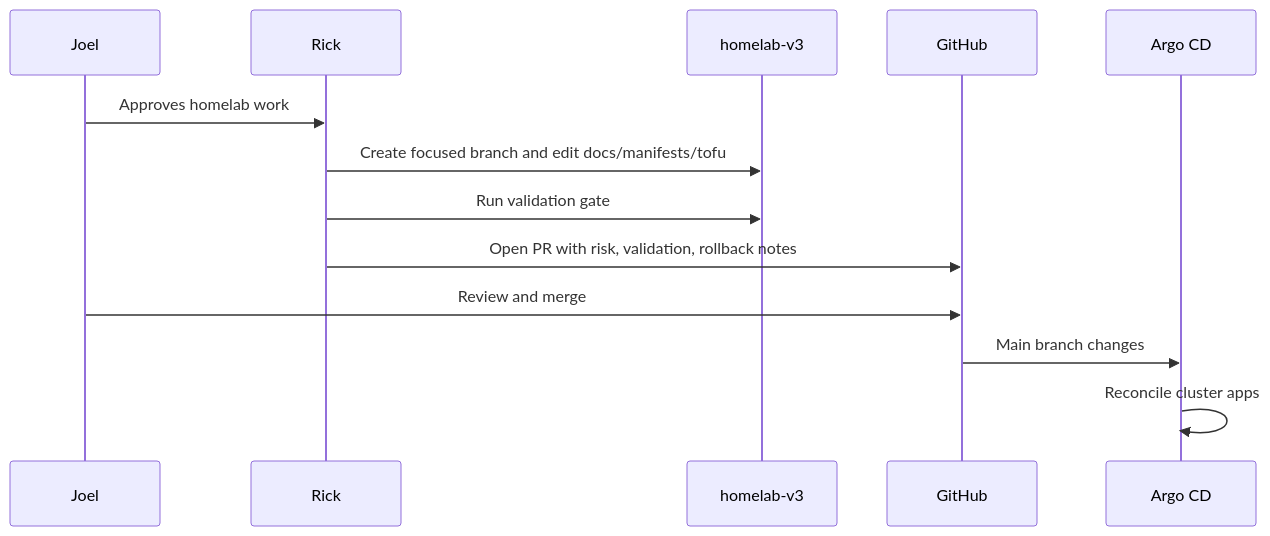
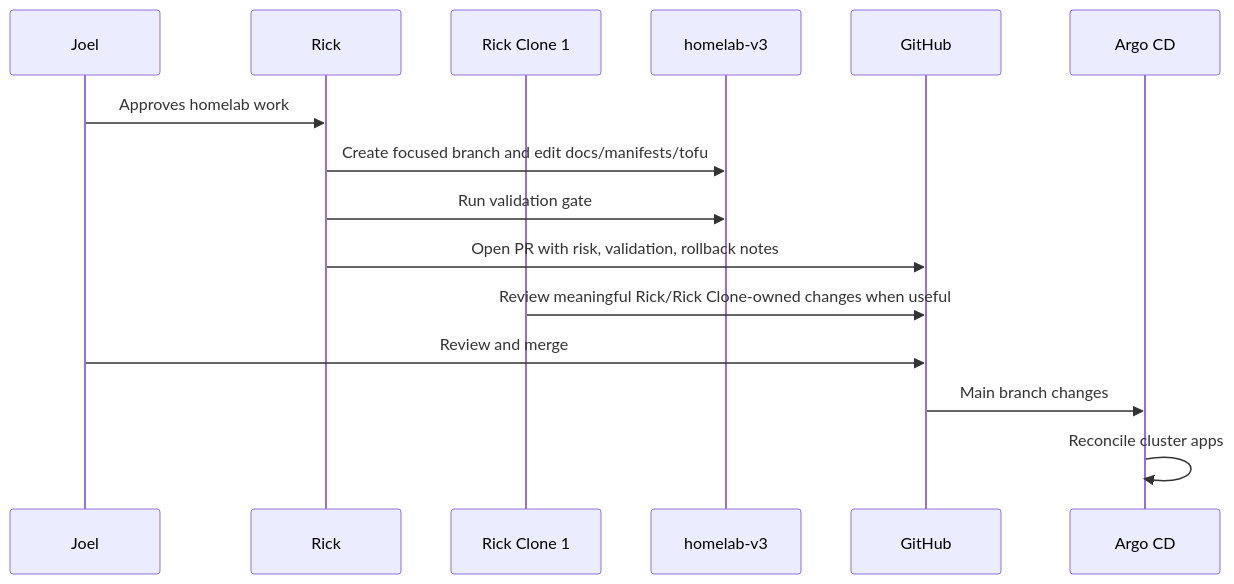
One commit to joelmccoy/homelab-v3 changed the third of 3 diagrams in docs/agents/README.md. Above: the diagram before and after it, drawn with Mermaid. The commit also changed other lines of this file and 4 other files, not shown here.

````diff
--- a/docs/agents/README.md
+++ b/docs/agents/README.md
@@ -71,16 +84,18 @@
 ```mermaid
 sequenceDiagram
     participant Joel
     participant Rick
+    participant Clone as Rick Clone 1
     participant Repo as homelab-v3
     participant GitHub
     participant ArgoCD as Argo CD
 
     Joel->>Rick: Approves homelab work
     Rick->>Repo: Create focused branch and edit docs/manifests/tofu
     Rick->>Repo: Run validation gate
     Rick->>GitHub: Open PR with risk, validation, rollback notes
+    Clone->>GitHub: Review meaningful Rick/Rick Clone-owned changes when useful
     Joel->>GitHub: Review and merge
     GitHub->>ArgoCD: Main branch changes
     ArgoCD->>ArgoCD: Reconcile cluster apps
 ```
````
